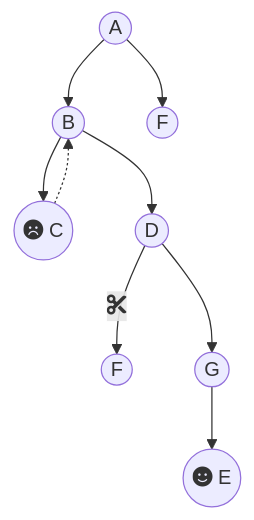
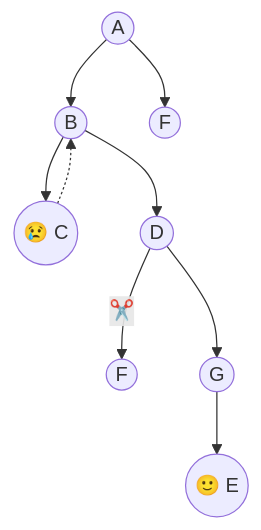
Before and after one commit to Hidan0/ai-workshop: the first of 4 diagrams in search/dfs_bfs/README.md, drawn with Mermaid. The commit also changed other lines of this file, not shown here.

````diff
--- a/search/dfs_bfs/README.md
+++ b/search/dfs_bfs/README.md
@@ -40,11 +40,11 @@
 ```mermaid
 graph TD;
 	a((A))-->b((B))
 	a-->f((F))
-	b-->c((fa:fa-frown C))
+	b-->c(("😢 C"))
     c -.->b
     b-->d((D))
-    d-- fa:fa-cut -->ff((F))
+    d-- "✂️" -->ff((F))
     d-->g((G))
-    g-->e((fa:fa-smile E))
+    g-->e(("🙂 E"))
 ```
````
